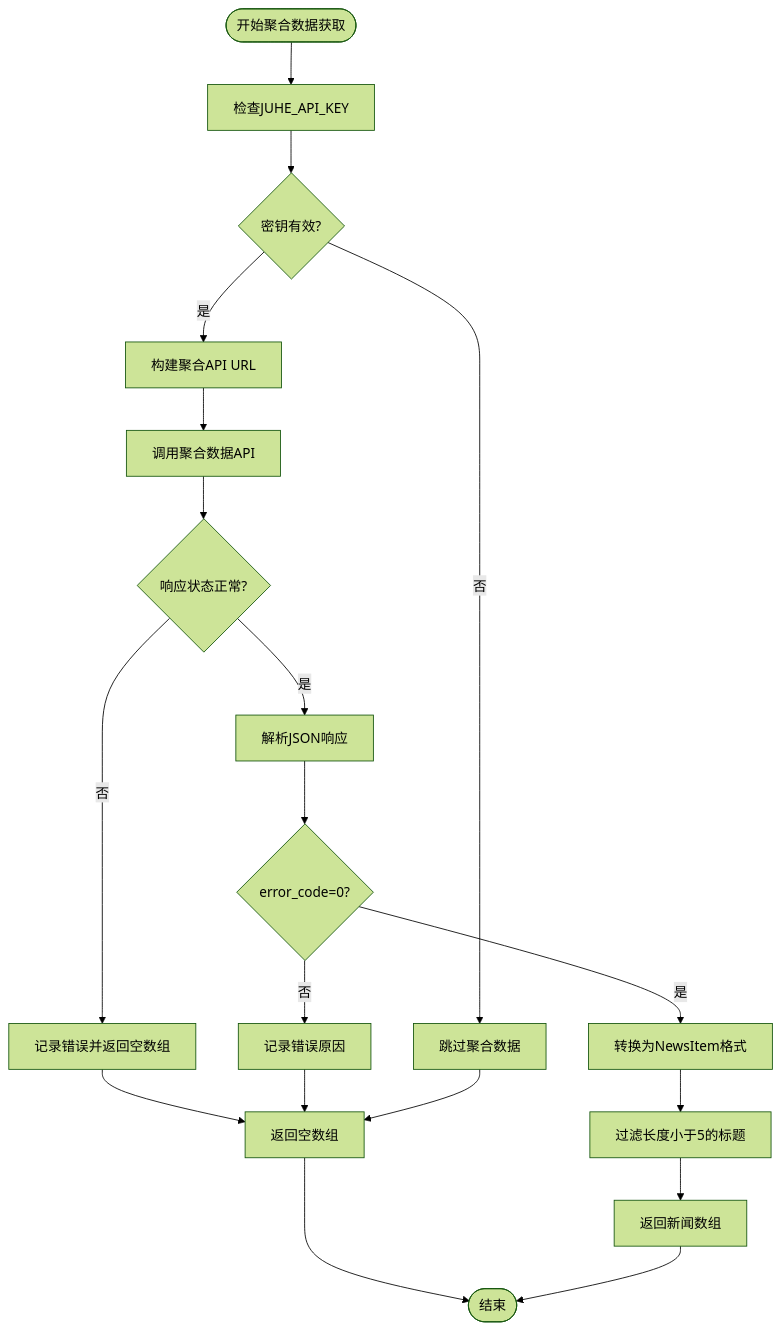
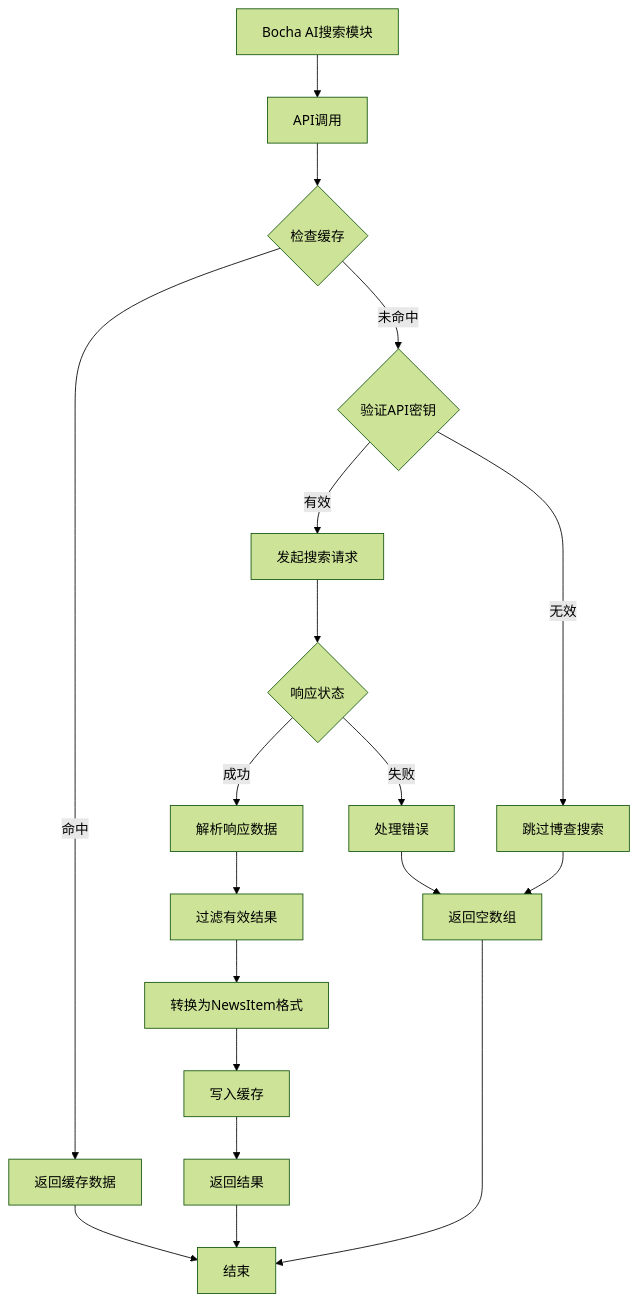
One commit to zuozuoliu740-cmd/xianxiong-news changed the second of 13 diagrams in .qoder/repowiki/zh/content/核心功能模块/新闻数据获取系统.md. Above: the diagram before and after it, drawn with Mermaid (forest theme). The commit also changed other lines of this file and 72 other files, not shown here.

````diff
--- a/.qoder/repowiki/zh/content/核心功能模块/新闻数据获取系统.md
+++ b/.qoder/repowiki/zh/content/核心功能模块/新闻数据获取系统.md
@@ -422,21 +157,21 @@
 ```mermaid
 flowchart TD
-Start([开始聚合数据获取]) --> CheckKey["检查JUHE_API_KEY"]
-CheckKey --> KeyValid{"密钥有效?"}
-KeyValid --> |否| SkipJuhe["跳过聚合数据"]
-KeyValid --> |是| BuildURL["构建聚合API URL"]
-BuildURL --> CallAPI["调用聚合数据API"]
-CallAPI --> CheckResponse{"响应状态正常?"}
-CheckResponse --> |是| ParseData["解析JSON响应"]
-CheckResponse --> |否| LogError["记录错误并返回空数组"]
-ParseData --> CheckErrorCode{"error_code=0?"}
-CheckErrorCode --> |否| LogReason["记录错误原因"]
-CheckErrorCode --> |是| TransformData["转换为NewsItem格式"]
-TransformData --> FilterShort["过滤长度小于5的标题"]
-FilterShort --> ReturnData["返回新闻数组"]
-LogError --> ReturnEmpty["返回空数组"]
-LogReason --> ReturnEmpty
-SkipJuhe --> ReturnEmpty
-ReturnEmpty --> End([结束])
-ReturnData --> End
+BochaModule[Bocha AI搜索模块] --> APICall[API调用]
+APICall --> CacheCheck{检查缓存}
+CacheCheck --> |命中| ReturnCache[返回缓存数据]
+CacheCheck --> |未命中| ValidateKey{验证API密钥}
+ValidateKey --> |有效| MakeRequest[发起搜索请求]
+ValidateKey --> |无效| SkipBocha[跳过博查搜索]
+MakeRequest --> CheckResponse{响应状态}
+CheckResponse --> |成功| ParseResponse[解析响应数据]
+CheckResponse --> |失败| HandleError[处理错误]
+ParseResponse --> FilterResults[过滤有效结果]
+FilterResults --> TransformData[转换为NewsItem格式]
+TransformData --> WriteCache[写入缓存]
+WriteCache --> ReturnResults[返回结果]
+HandleError --> ReturnEmpty[返回空数组]
+SkipBocha --> ReturnEmpty
+ReturnCache --> End[结束]
+ReturnResults --> End
+ReturnEmpty --> End
 ```
````
